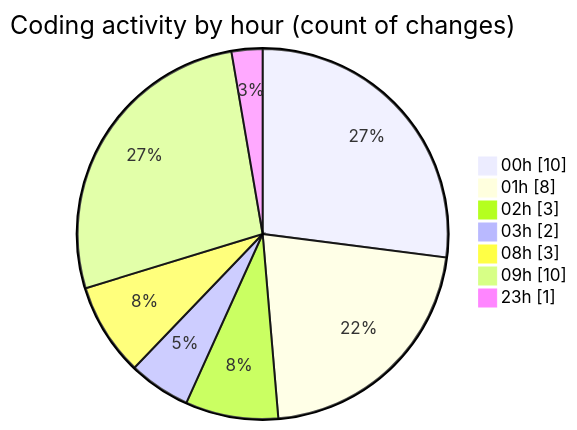
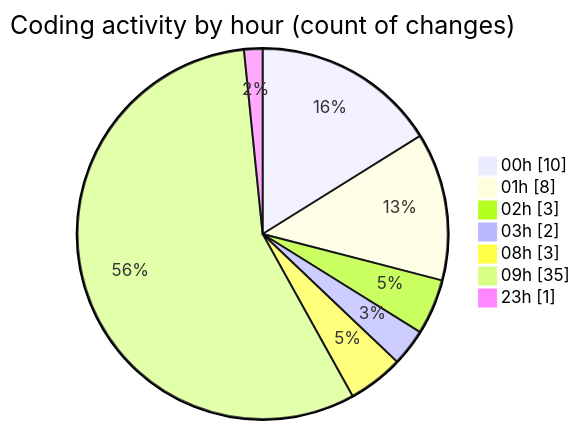
Before and after one commit to tmsrecording-cyber/code-tracking: the second of 2 diagrams in 2026-02-09/singularitybrainai/README.md, drawn with Mermaid. The commit also changed other lines of this file and 1 other file, not shown here.

````diff
--- a/2026-02-09/singularitybrainai/README.md
+++ b/2026-02-09/singularitybrainai/README.md
@@ -31,11 +32,11 @@
 ```mermaid
 pie showData
 title Coding activity by hour (count of changes)
 "00h" : 10
 "01h" : 8
 "02h" : 3
 "03h" : 2
 "08h" : 3
-"09h" : 10
+"09h" : 35
 "23h" : 1
 ```
````
